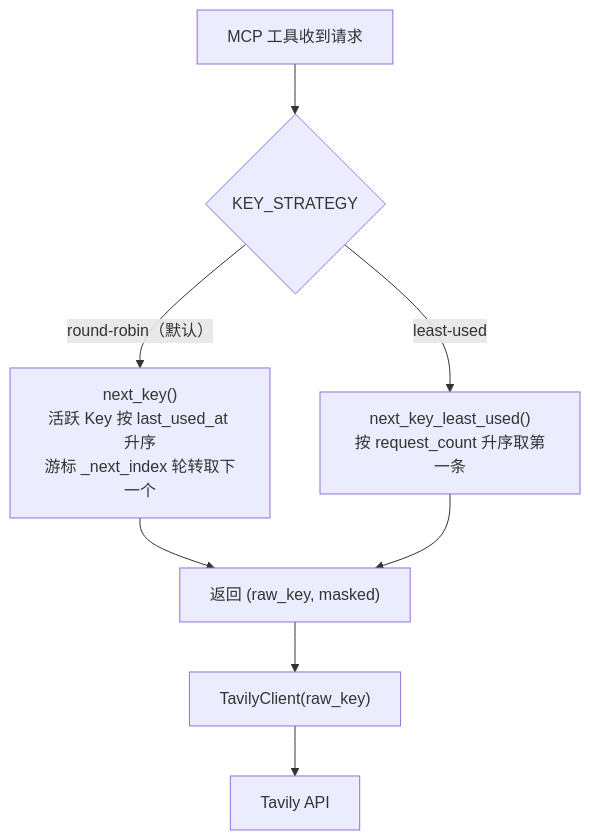
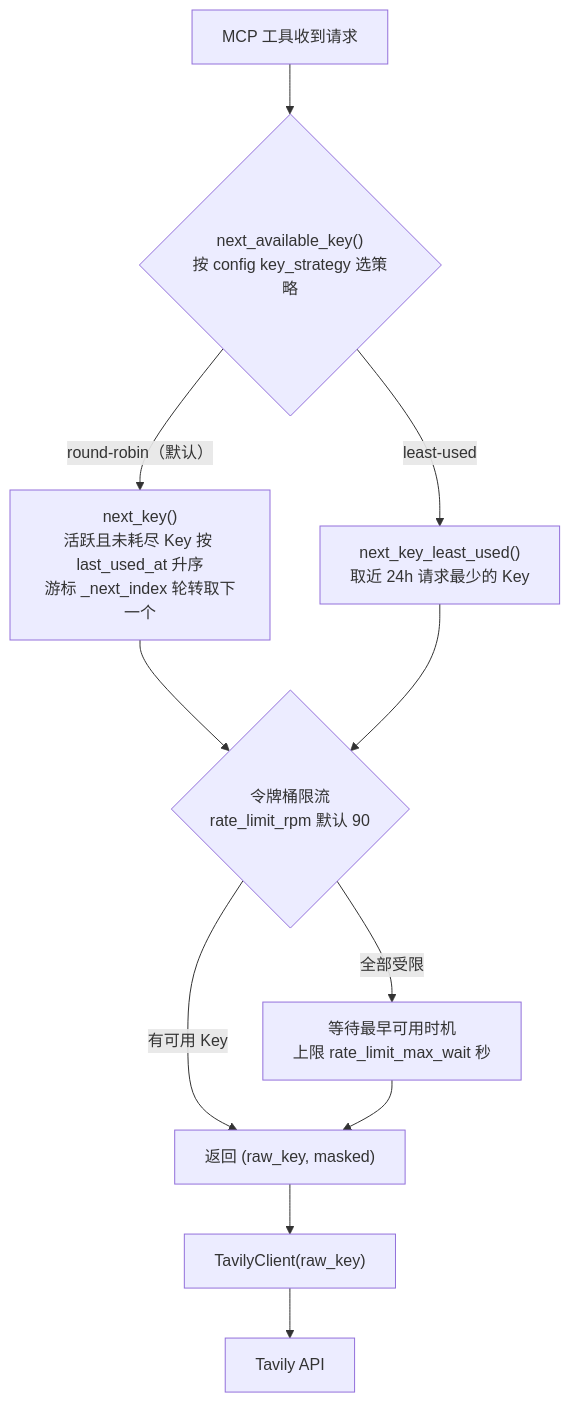
The third of 4 diagrams in docs/wiki/架构设计/架构设计.md (zylyes/tavily-key), drawn with Mermaid before and after one commit. The commit also changed other lines of this file and 16 other files, not shown here.

````diff
--- a/docs/wiki/架构设计/架构设计.md
+++ b/docs/wiki/架构设计/架构设计.md
@@ -237,10 +237,13 @@
 ```mermaid
 flowchart TD
-    R["MCP 工具收到请求"] --> S{"KEY_STRATEGY"}
-    S -->|"round-robin（默认）"| RR["next_key()<br/>活跃 Key 按 last_used_at 升序<br/>游标 _next_index 轮转取下一个"]
-    S -->|"least-used"| LU["next_key_least_used()<br/>按 request_count 升序取第一条"]
-    RR --> OK["返回 (raw_key, masked)"]
-    LU --> OK
+    R["MCP 工具收到请求"] --> S{"next_available_key()<br/>按 config key_strategy 选策略"}
+    S -->|"round-robin（默认）"| RR["next_key()<br/>活跃且未耗尽 Key 按 last_used_at 升序<br/>游标 _next_index 轮转取下一个"]
+    S -->|"least-used"| LU["next_key_least_used()<br/>取近 24h 请求最少的 Key"]
+    RR --> B{"令牌桶限流<br/>rate_limit_rpm 默认 90"}
+    LU --> B
+    B -->|"有可用 Key"| OK["返回 (raw_key, masked)"]
+    B -->|"全部受限"| W["等待最早可用时机<br/>上限 rate_limit_max_wait 秒"]
+    W --> OK
     OK --> C["TavilyClient(raw_key)"]
     C --> A["Tavily API"]
 ```
````
